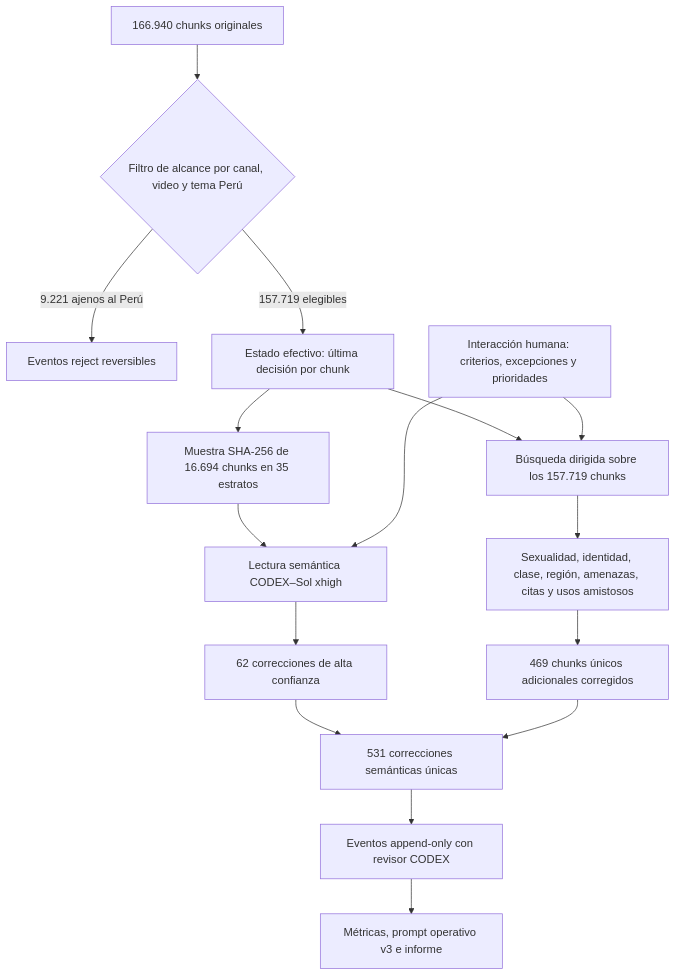
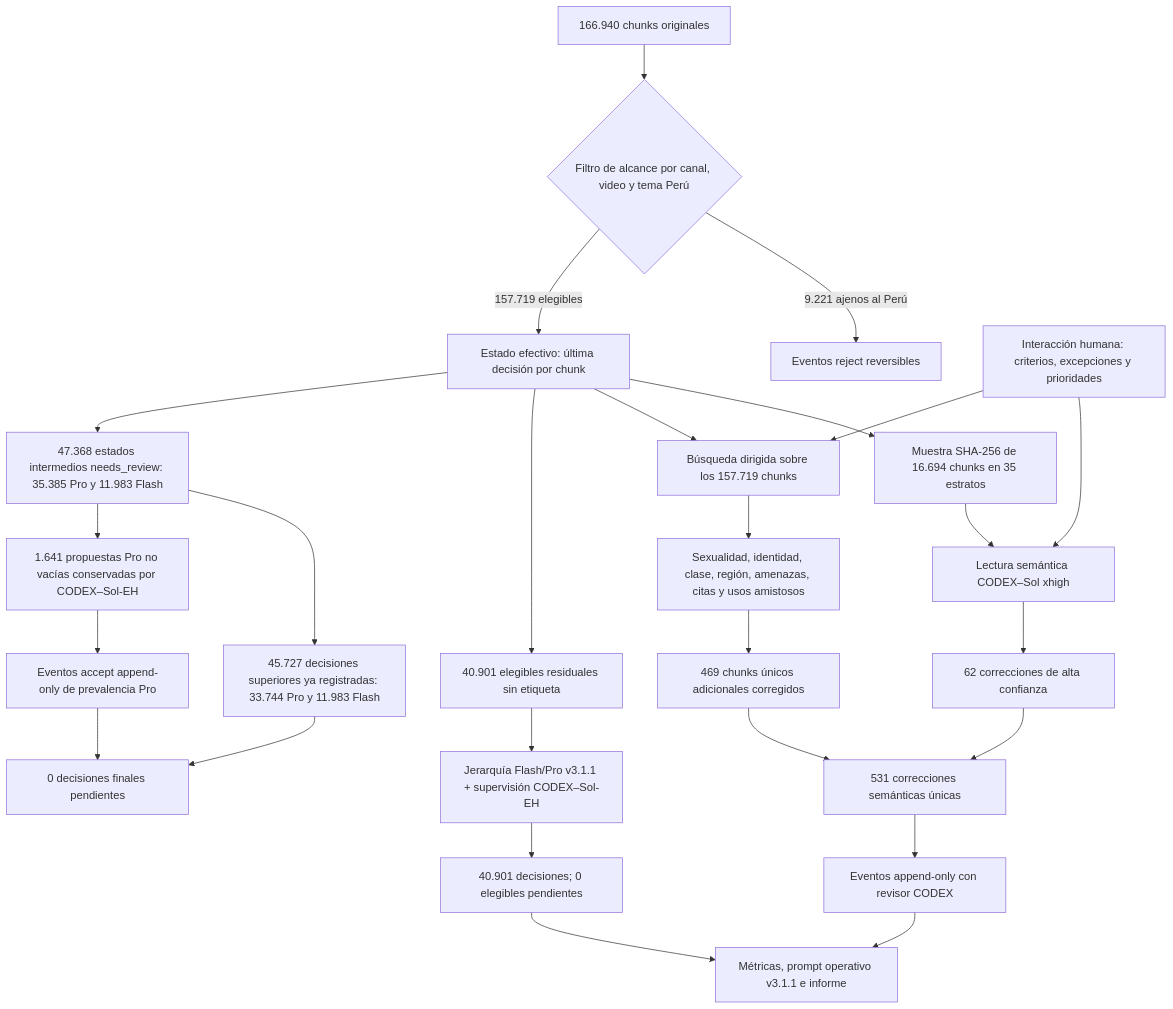
The diagram in docs/AUDITORIA_MUESTRAL_ETIQUETADO_10PCT_CODEX_SOL_2026-08-09.md (lkoc/Trabajo_PLN-MIA-Grupo4), drawn with Mermaid before and after one commit. The commit also changed other lines of this file and 25 other files, not shown here.

````diff
--- a/docs/AUDITORIA_MUESTRAL_ETIQUETADO_10PCT_CODEX_SOL_2026-08-09.md
+++ b/docs/AUDITORIA_MUESTRAL_ETIQUETADO_10PCT_CODEX_SOL_2026-08-09.md
@@ -116,18 +184,28 @@
 ```mermaid
 flowchart TD
     A[166.940 chunks originales] --> B{Filtro de alcance por canal, video y tema Perú}
     B -->|9.221 ajenos al Perú| X[Eventos reject reversibles]
     B -->|157.719 elegibles| C[Estado efectivo: última decisión por chunk]
     C --> D[Muestra SHA-256 de 16.694 chunks en 35 estratos]
     D --> E[Lectura semántica CODEX–Sol xhigh]
     H[Interacción humana: criterios, excepciones y prioridades] --> E
     E --> F[62 correcciones de alta confianza]
     C --> G[Búsqueda dirigida sobre los 157.719 chunks]
     H --> G
     G --> I[Sexualidad, identidad, clase, región, amenazas, citas y usos amistosos]
     I --> J[469 chunks únicos adicionales corregidos]
     F --> K[531 correcciones semánticas únicas]
     J --> K
     K --> L[Eventos append-only con revisor CODEX]
-    L --> M[Métricas, prompt operativo v3 e informe]
+    C --> N[40.901 elegibles residuales sin etiqueta]
+    N --> O[Jerarquía Flash/Pro v3.1.1 + supervisión CODEX–Sol-EH]
+    O --> P[40.901 decisiones; 0 elegibles pendientes]
+    C --> Q[47.368 estados intermedios needs_review: 35.385 Pro y 11.983 Flash]
+    Q --> R[45.727 decisiones superiores ya registradas: 33.744 Pro y 11.983 Flash]
+    Q --> S[1.641 propuestas Pro no vacías conservadas por CODEX–Sol-EH]
+    S --> T[Eventos accept append-only de prevalencia Pro]
+    R --> U[0 decisiones finales pendientes]
+    T --> U
+    L --> M[Métricas, prompt operativo v3.1.1 e informe]
+    P --> M
 ```
````
